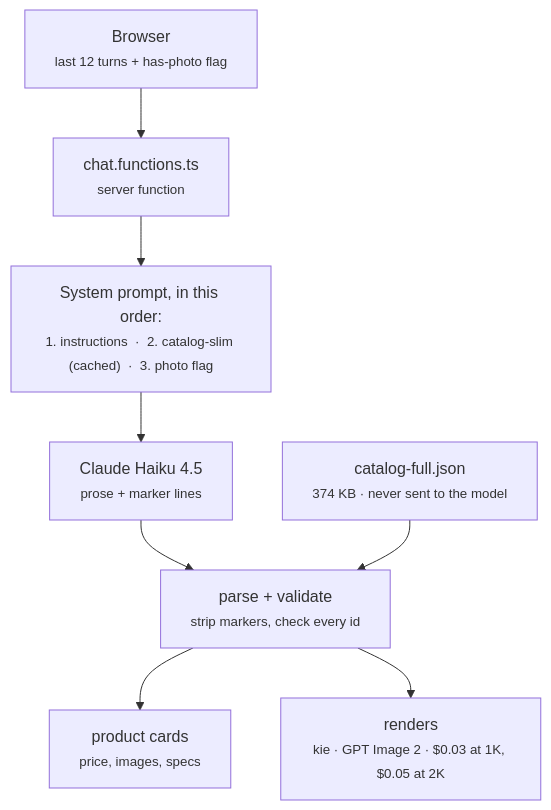
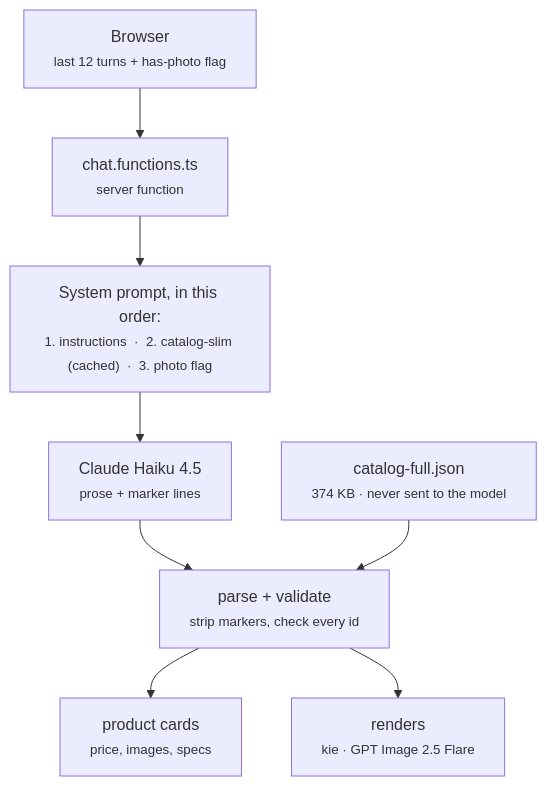
One commit to dhananjays-droid/comfortel changed the first of 2 diagrams in GUIDE.md. Above: the diagram before and after it, drawn with Mermaid. The commit also changed other lines of this file and 34 other files, not shown here.

Commit message:
Improve WhatsApp flow and image generation

````diff
--- a/GUIDE.md
+++ b/GUIDE.md
@@ -18,10 +18,10 @@
 ```mermaid
 flowchart TD
     B["Browser<br/><small>last 12 turns + has-photo flag</small>"] --> S["chat.functions.ts<br/><small>server function</small>"]
     S --> P["System prompt, in this order:<br/><small>1. instructions &nbsp;·&nbsp; 2. catalog-slim (cached) &nbsp;·&nbsp; 3. photo flag</small>"]
     P --> H["Claude Haiku 4.5<br/><small>prose + marker lines</small>"]
     H --> V["parse + validate<br/><small>strip markers, check every id</small>"]
     F["catalog-full.json<br/><small>374 KB · never sent to the model</small>"] --> V
     V --> C["product cards<br/><small>price, images, specs</small>"]
-    V --> R["renders<br/><small>kie · GPT Image 2 · $0.03 at 1K, $0.05 at 2K</small>"]
+    V --> R["renders<br/><small>kie · GPT Image 2.5 Flare</small>"]
 ```
````
